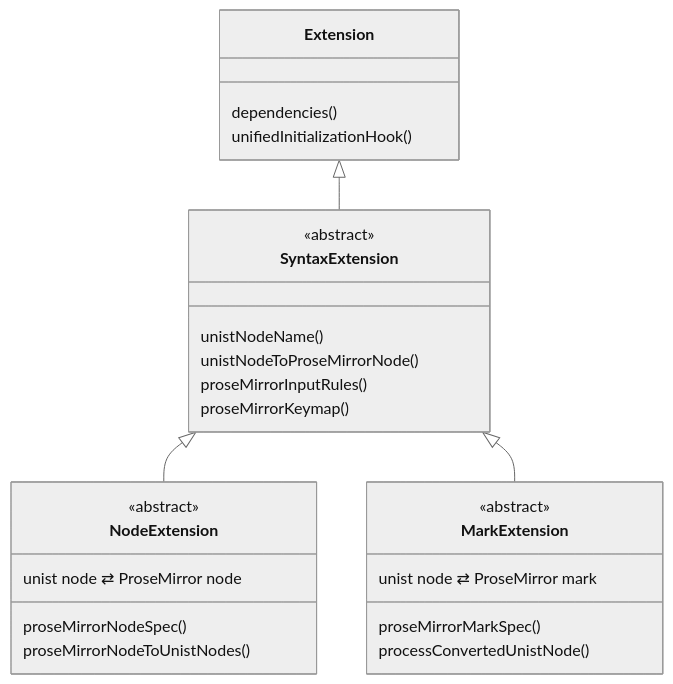
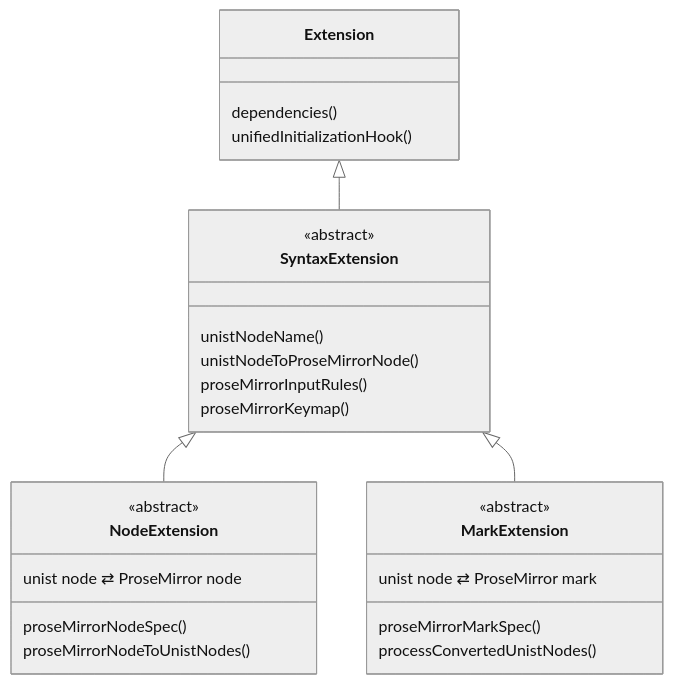
One commit to marekdedic/prosemirror-unified changed the first of 4 diagrams in docs/developing/overview.md. Above: the diagram before and after it, drawn with Mermaid (neutral theme). The commit also changed other lines of this file and 11 other files, not shown here.

````diff
--- a/docs/developing/overview.md
+++ b/docs/developing/overview.md
@@ -20,30 +20,30 @@
 ```mermaid
 classDiagram
   direction TB
   Extension <|-- SyntaxExtension
   SyntaxExtension <|-- NodeExtension
   SyntaxExtension <|-- MarkExtension
   class Extension {
     dependencies()
     unifiedInitializationHook()
   }
   class SyntaxExtension {
     <<abstract>>
     unistNodeName()
     unistNodeToProseMirrorNode()
     proseMirrorInputRules()
     proseMirrorKeymap()
   }
   class NodeExtension {
     <<abstract>>
     unist node ⇄ ProseMirror node
     proseMirrorNodeSpec()
     proseMirrorNodeToUnistNodes()
   }
   class MarkExtension {
     <<abstract>>
     unist node ⇄ ProseMirror mark
     proseMirrorMarkSpec()
-    processConvertedUnistNode()
+    processConvertedUnistNodes()
   }
 ```
````
